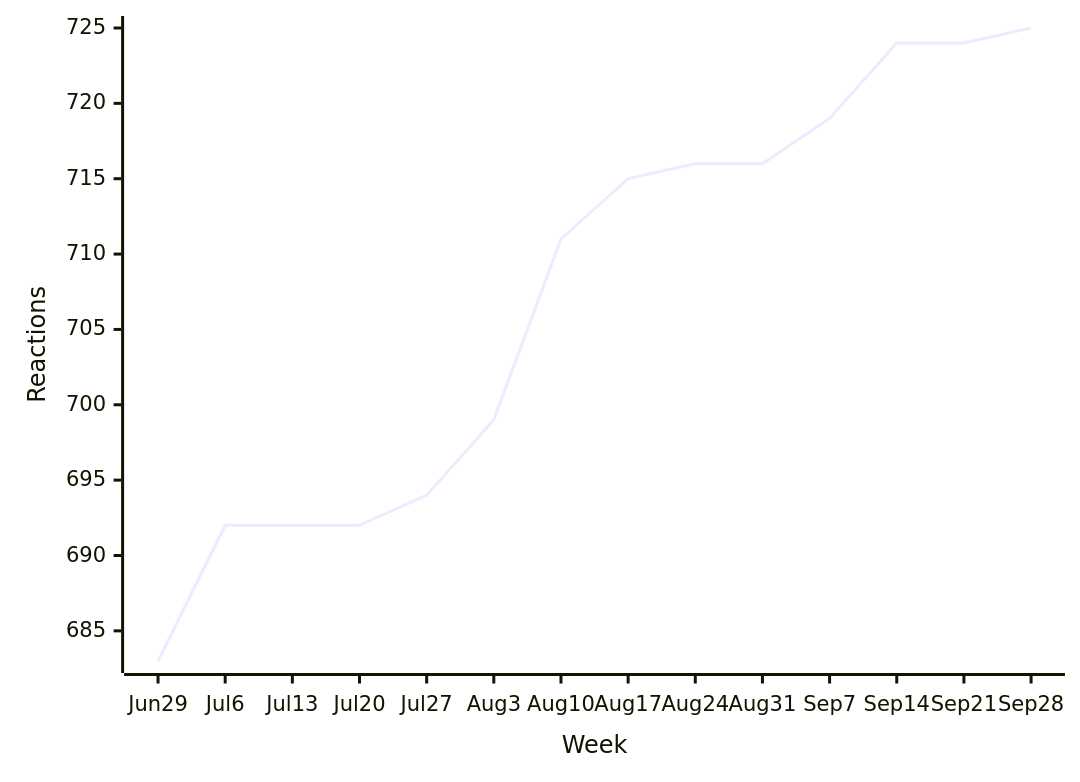
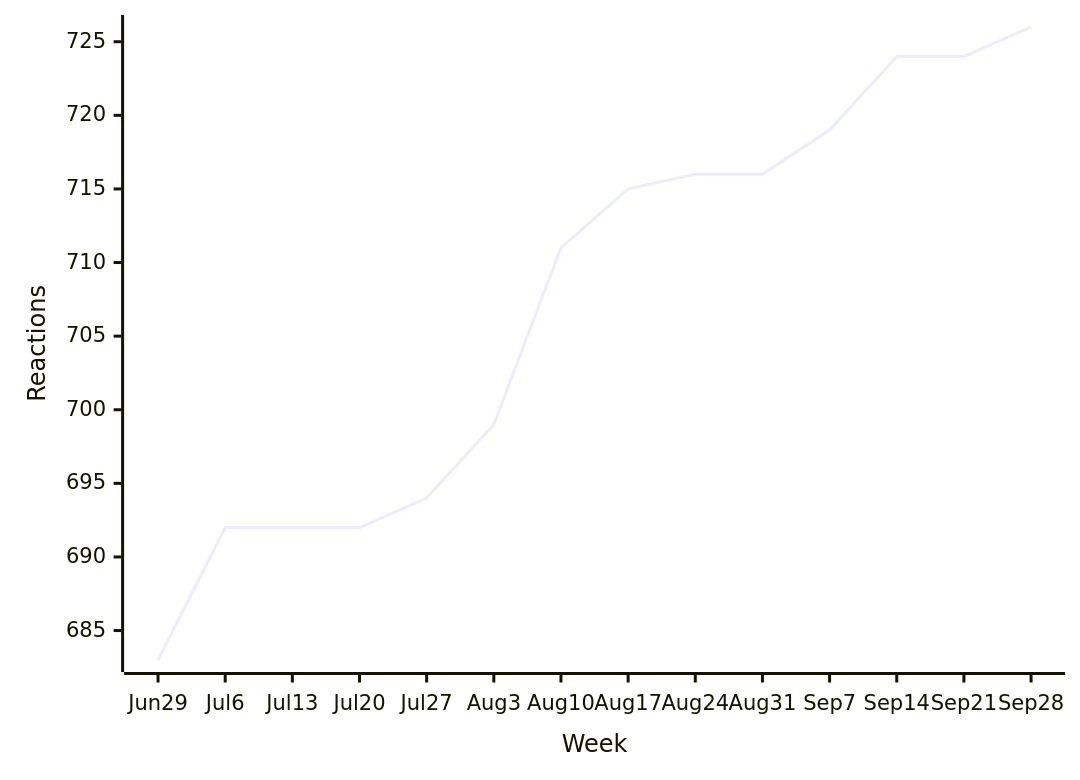
Before and after one commit to loic-sharma/github-insights: the first of 43 diagrams in README.md, drawn with Mermaid. The commit also changed other lines of this file and 2 other files, not shown here.

````diff
--- a/README.md
+++ b/README.md
@@ -324,6 +324,6 @@
   ```mermaid
   xychart-beta
     x-axis "Week" [Jun 29, Jul 6, Jul 13, Jul 20, Jul 27, Aug 3, Aug 10, Aug 17, Aug 24, Aug 31, Sep 7, Sep 14, Sep 21, Sep 28]
     y-axis "Reactions"
-    line [683, 692, 692, 692, 694, 699, 711, 715, 716, 716, 719, 724, 724, 725]
+    line [683, 692, 692, 692, 694, 699, 711, 715, 716, 716, 719, 724, 724, 726]
   ```
````
